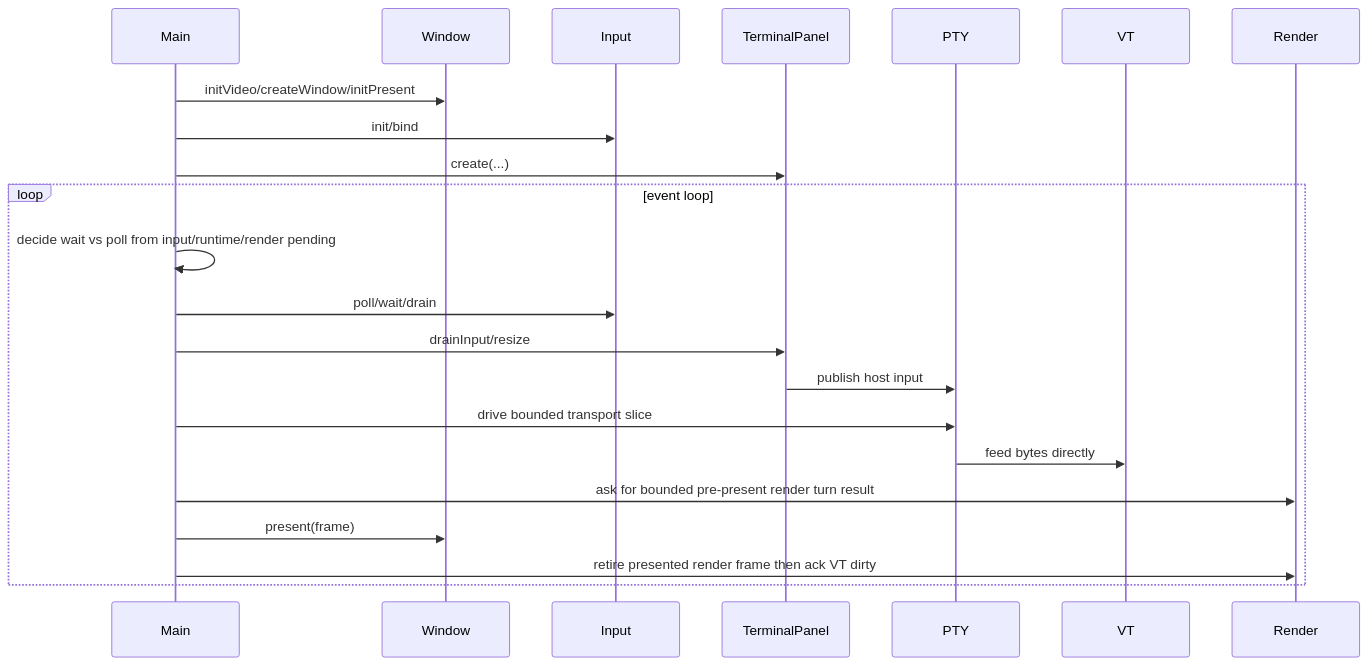
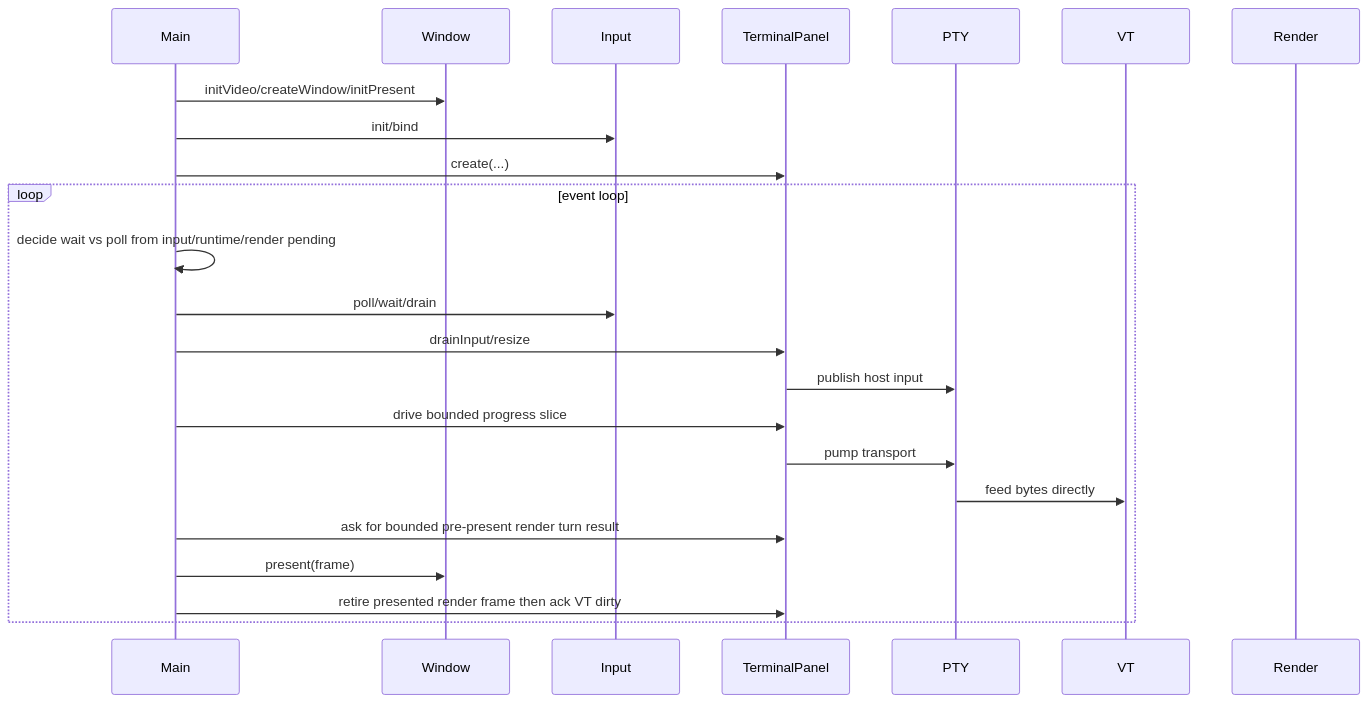
One commit to LaurenceGuws/howl-linux-host changed the third of 3 diagrams in design.md. Above: the diagram before and after it, drawn with Mermaid. The commit also changed other lines of this file and 6 other files, not shown here.

````diff
--- a/design.md
+++ b/design.md
@@ -104,25 +94,26 @@
 ```mermaid
 sequenceDiagram
     participant Main
     participant W as Window
     participant I as Input
     participant T as TerminalPanel
     participant P as PTY
     participant V as VT
     participant R as Render
 
     Main->>W: initVideo/createWindow/initPresent
     Main->>I: init/bind
     Main->>T: create(...)
     loop event loop
         Main->>Main: decide wait vs poll from input/runtime/render pending
         Main->>I: poll/wait/drain
         Main->>T: drainInput/resize
         T->>P: publish host input
-        Main->>P: drive bounded transport slice
+        Main->>T: drive bounded progress slice
+        T->>P: pump transport
         P->>V: feed bytes directly
-    Main->>R: ask for bounded pre-present render turn result
+        Main->>T: ask for bounded pre-present render turn result
         Main->>W: present(frame)
-        Main->>R: retire presented render frame then ack VT dirty
+        Main->>T: retire presented render frame then ack VT dirty
     end
 ```
````
